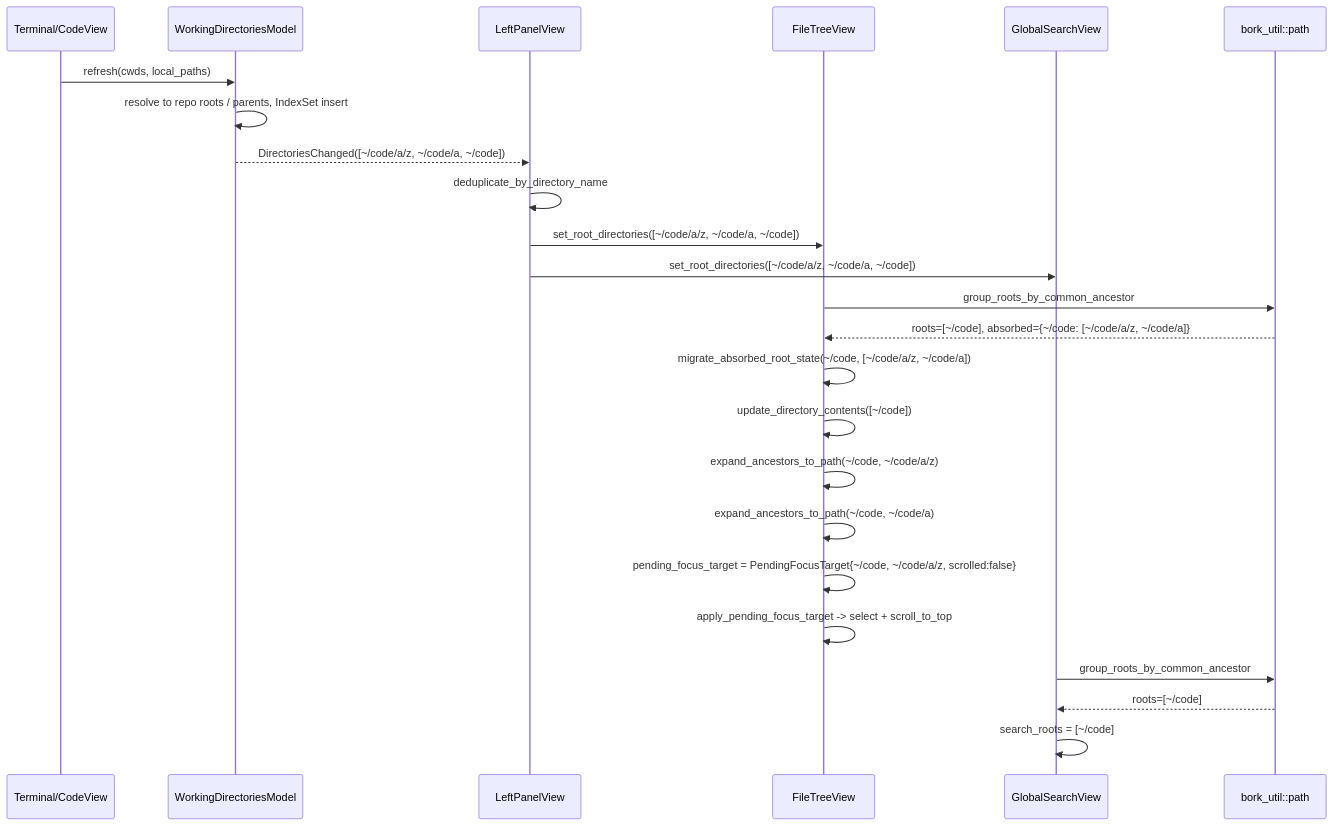
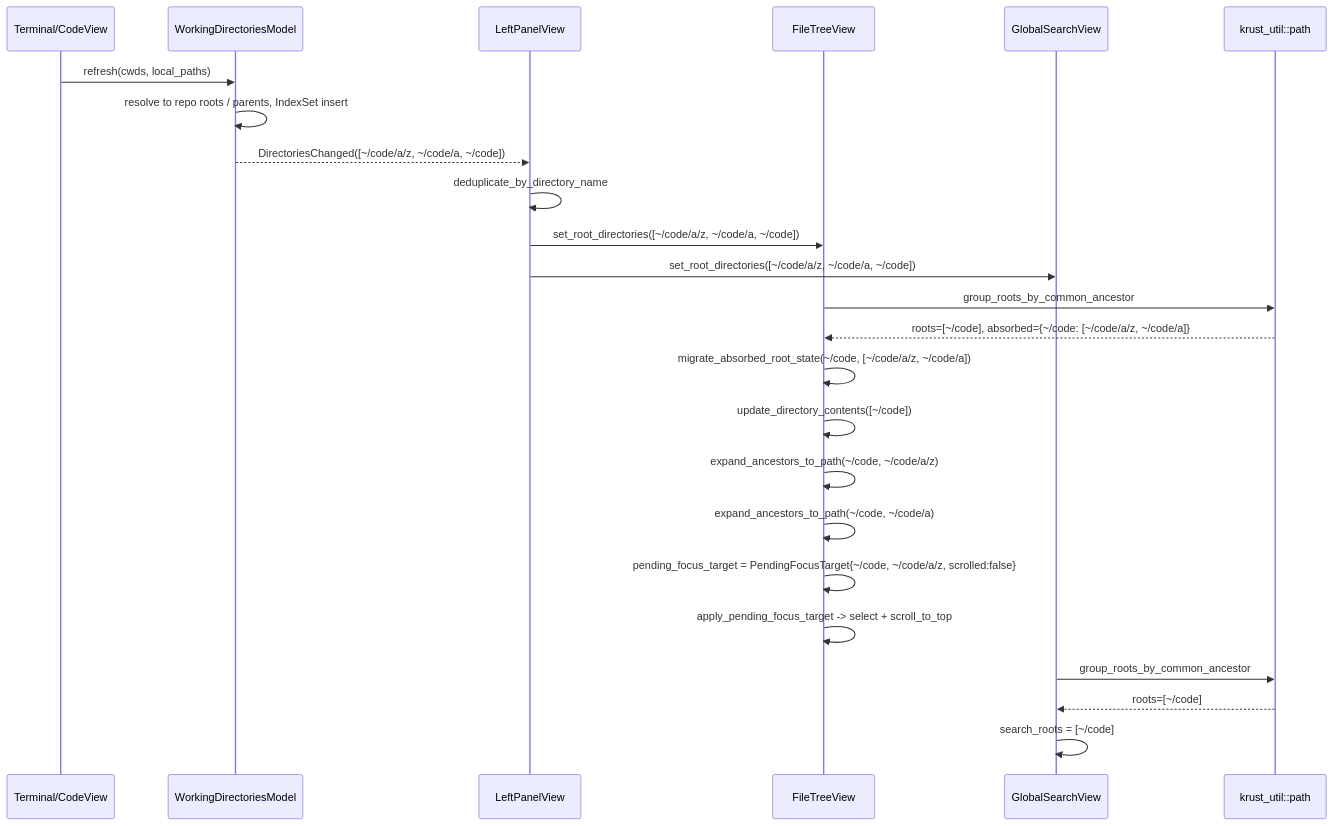
One commit to antikrust/krust-terminal changed the diagram in specs/APP-4106/TECH.md. Above: the diagram before and after it, drawn with Mermaid. The commit also changed other lines of this file and 4480 other files, not shown here.

First line of the commit message:
Rebrand Bork -> Krust

````diff
--- a/specs/APP-4106/TECH.md
+++ b/specs/APP-4106/TECH.md
@@ -462,29 +462,29 @@
 ```mermaid
 sequenceDiagram
     participant Term as Terminal/CodeView
     participant WDM as WorkingDirectoriesModel
     participant LP as LeftPanelView
     participant FT as FileTreeView
     participant GS as GlobalSearchView
-    participant U as bork_util::path
+    participant U as krust_util::path
 
     Term->>WDM: refresh(cwds, local_paths)
     WDM->>WDM: resolve to repo roots / parents, IndexSet insert
     WDM-->>LP: DirectoriesChanged([~/code/a/z, ~/code/a, ~/code])
     LP->>LP: deduplicate_by_directory_name
     LP->>FT: set_root_directories([~/code/a/z, ~/code/a, ~/code])
     LP->>GS: set_root_directories([~/code/a/z, ~/code/a, ~/code])
 
     FT->>U: group_roots_by_common_ancestor
     U-->>FT: roots=[~/code], absorbed={~/code: [~/code/a/z, ~/code/a]}
     FT->>FT: migrate_absorbed_root_state(~/code, [~/code/a/z, ~/code/a])
     FT->>FT: update_directory_contents([~/code])
     FT->>FT: expand_ancestors_to_path(~/code, ~/code/a/z)
     FT->>FT: expand_ancestors_to_path(~/code, ~/code/a)
     FT->>FT: pending_focus_target = PendingFocusTarget{~/code, ~/code/a/z, scrolled:false}
     FT->>FT: apply_pending_focus_target -> select + scroll_to_top
 
     GS->>U: group_roots_by_common_ancestor
     U-->>GS: roots=[~/code]
     GS->>GS: search_roots = [~/code]
 ```
````
